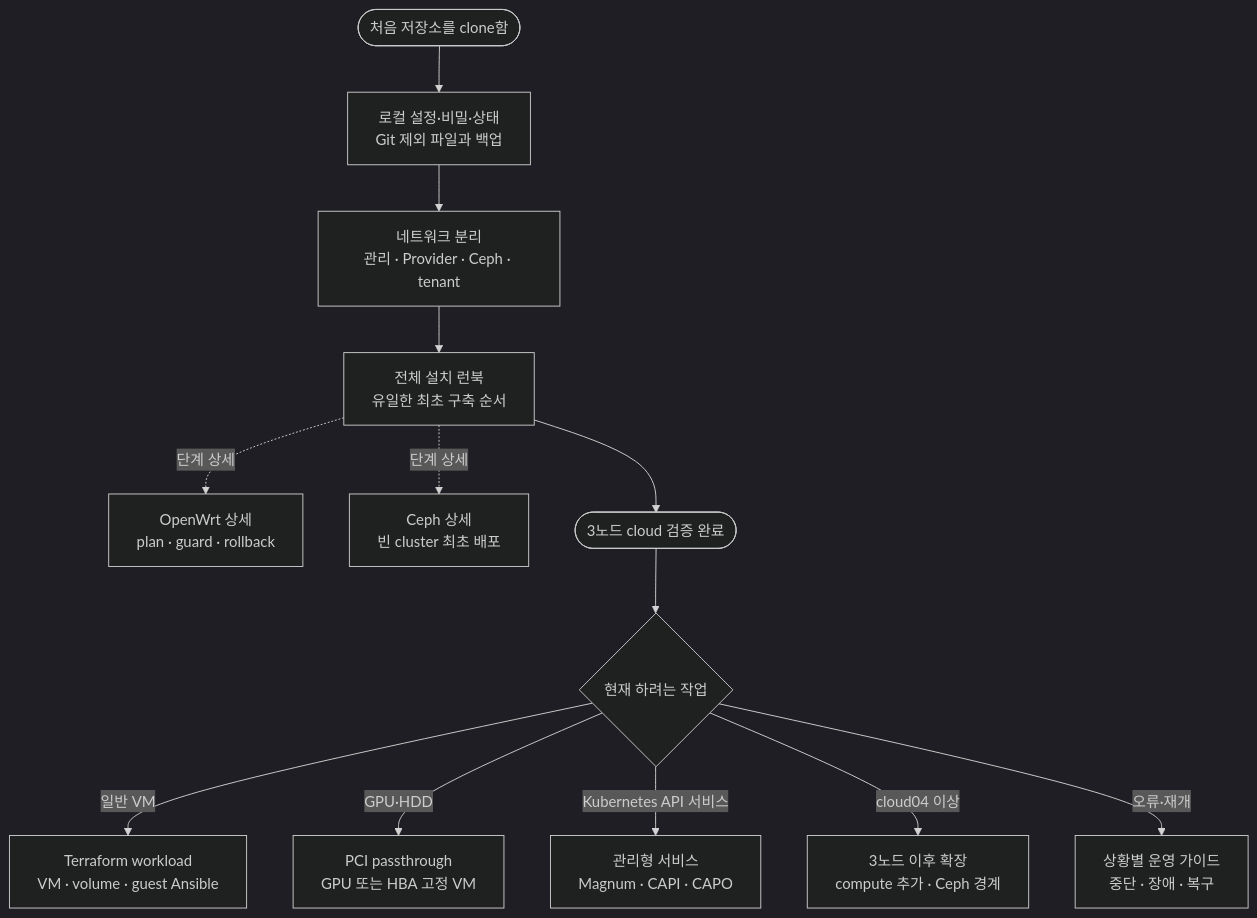
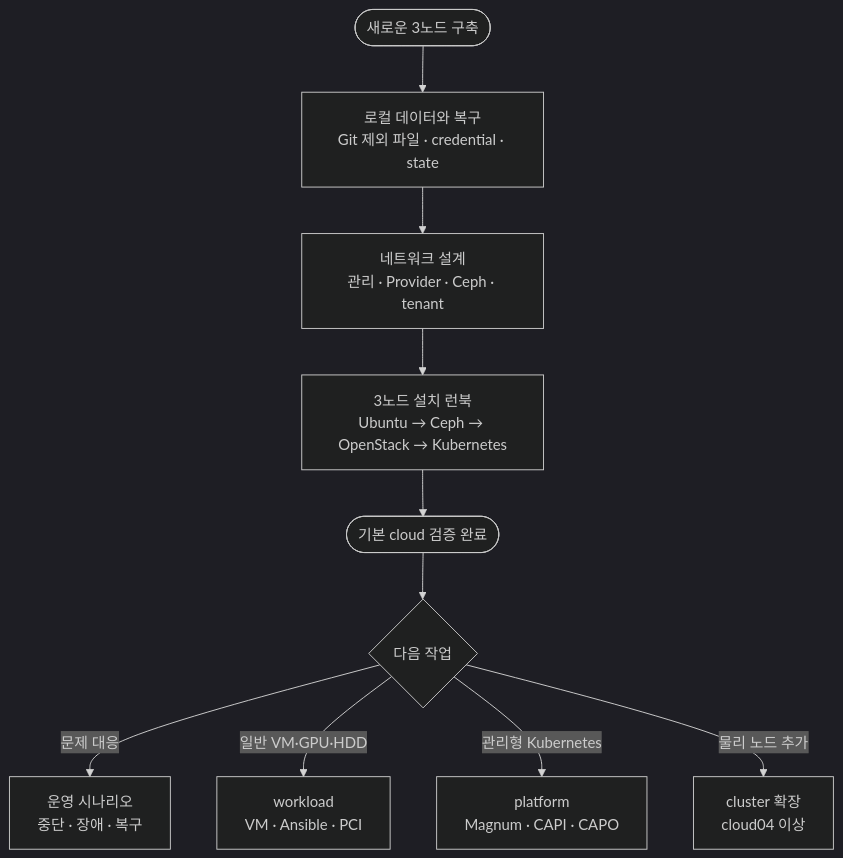
One commit to overture-1928/Infra changed the diagram in docs/README.md. Above: the diagram before and after it, drawn with Mermaid (dark theme). The commit also changed other lines of this file and 22 other files, not shown here.

````diff
--- a/docs/README.md
+++ b/docs/README.md
@@ -31,26 +19,19 @@
 ```mermaid
 flowchart TB
-  START([처음 저장소를 clone함])
-  SECRET["로컬 설정·비밀·상태<br/>Git 제외 파일과 백업"]
-  NETWORK["네트워크 분리<br/>관리 · Provider · Ceph · tenant"]
-  RUNBOOK["전체 설치 런북<br/>유일한 최초 구축 순서"]
-  OPENWRT["OpenWrt 상세<br/>plan · guard · rollback"]
-  CEPH["Ceph 상세<br/>빈 cluster 최초 배포"]
-  READY([3노드 cloud 검증 완료])
-  OPS{"현재 하려는 작업"}
-  VM["Terraform workload<br/>VM · volume · guest Ansible"]
-  PCI["PCI passthrough<br/>GPU 또는 HBA 고정 VM"]
-  SERVICE["관리형 서비스<br/>Magnum · CAPI · CAPO"]
-  EXPAND["3노드 이후 확장<br/>compute 추가 · Ceph 경계"]
-  INCIDENT["상황별 운영 가이드<br/>중단 · 장애 · 복구"]
+  START([새로운 3노드 구축])
+  LOCAL["로컬 데이터와 복구<br/>Git 제외 파일 · credential · state"]
+  NETWORK["네트워크 설계<br/>관리 · Provider · Ceph · tenant"]
+  INSTALL["3노드 설치 런북<br/>Ubuntu → Ceph → OpenStack → Kubernetes"]
+  READY([기본 cloud 검증 완료])
+  TASK{"다음 작업"}
+  INCIDENT["운영 시나리오<br/>중단 · 장애 · 복구"]
+  WORKLOAD["workload<br/>VM · Ansible · PCI"]
+  PLATFORM["platform<br/>Magnum · CAPI · CAPO"]
+  EXPAND["cluster 확장<br/>cloud04 이상"]
 
-  START --> SECRET --> NETWORK --> RUNBOOK
-  RUNBOOK -. 단계 상세 .-> OPENWRT
-  RUNBOOK -. 단계 상세 .-> CEPH
-  RUNBOOK --> READY --> OPS
-  OPS -->|일반 VM| VM
-  OPS -->|GPU·HDD| PCI
-  OPS -->|Kubernetes API 서비스| SERVICE
-  OPS -->|cloud04 이상| EXPAND
-  OPS -->|오류·재개| INCIDENT
+  START --> LOCAL --> NETWORK --> INSTALL --> READY --> TASK
+  TASK -->|문제 대응| INCIDENT
+  TASK -->|일반 VM·GPU·HDD| WORKLOAD
+  TASK -->|관리형 Kubernetes| PLATFORM
+  TASK -->|물리 노드 추가| EXPAND
 ```
````
